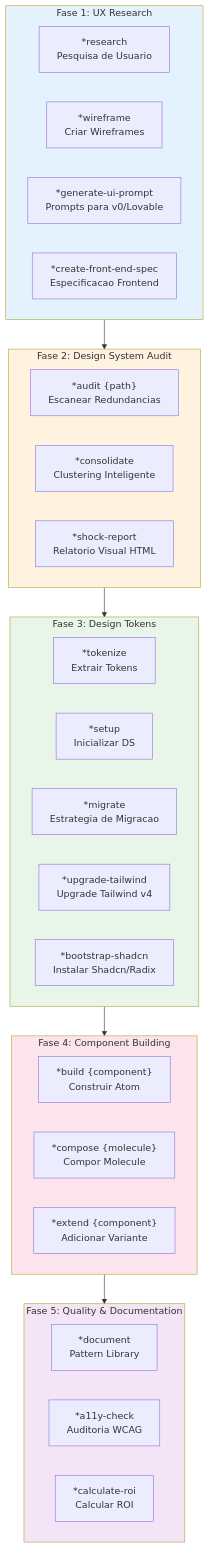
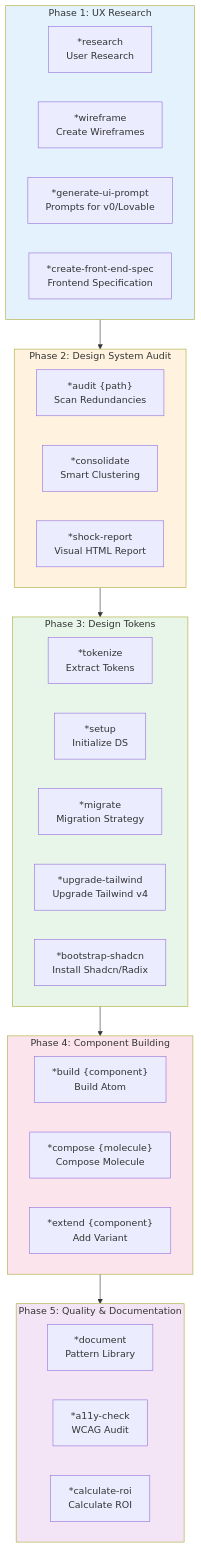
Before and after one commit to CyryxLabs/AEXOS: the first of 7 diagrams in docs/aexos-agent-flows/ux-design-expert-system.md, drawn with Mermaid. The commit also changed other lines of this file and 528 other files, not shown here.

````diff
--- a/docs/aexos-agent-flows/ux-design-expert-system.md
+++ b/docs/aexos-agent-flows/ux-design-expert-system.md
@@ -35,46 +35,46 @@
 ```mermaid
 flowchart TB
-    subgraph PHASE1["Fase 1: UX Research"]
-        R1["*research<br/>Pesquisa de Usuario"]
-        R2["*wireframe<br/>Criar Wireframes"]
-        R3["*generate-ui-prompt<br/>Prompts para v0/Lovable"]
-        R4["*create-front-end-spec<br/>Especificacao Frontend"]
+    subgraph PHASE1["Phase 1: UX Research"]
+        R1["*research<br/>User Research"]
+        R2["*wireframe<br/>Create Wireframes"]
+        R3["*generate-ui-prompt<br/>Prompts for v0/Lovable"]
+        R4["*create-front-end-spec<br/>Frontend Specification"]
     end
 
-    subgraph PHASE2["Fase 2: Design System Audit"]
-        A1["*audit {path}<br/>Escanear Redundancias"]
-        A2["*consolidate<br/>Clustering Inteligente"]
-        A3["*shock-report<br/>Relatorio Visual HTML"]
+    subgraph PHASE2["Phase 2: Design System Audit"]
+        A1["*audit {path}<br/>Scan Redundancies"]
+        A2["*consolidate<br/>Smart Clustering"]
+        A3["*shock-report<br/>Visual HTML Report"]
     end
 
-    subgraph PHASE3["Fase 3: Design Tokens"]
-        T1["*tokenize<br/>Extrair Tokens"]
-        T2["*setup<br/>Inicializar DS"]
-        T3["*migrate<br/>Estrategia de Migracao"]
+    subgraph PHASE3["Phase 3: Design Tokens"]
+        T1["*tokenize<br/>Extract Tokens"]
+        T2["*setup<br/>Initialize DS"]
+        T3["*migrate<br/>Migration Strategy"]
         T4["*upgrade-tailwind<br/>Upgrade Tailwind v4"]
-        T5["*bootstrap-shadcn<br/>Instalar Shadcn/Radix"]
+        T5["*bootstrap-shadcn<br/>Install Shadcn/Radix"]
     end
 
-    subgraph PHASE4["Fase 4: Component Building"]
-        B1["*build {component}<br/>Construir Atom"]
-        B2["*compose {molecule}<br/>Compor Molecule"]
-        B3["*extend {component}<br/>Adicionar Variante"]
+    subgraph PHASE4["Phase 4: Component Building"]
+        B1["*build {component}<br/>Build Atom"]
+        B2["*compose {molecule}<br/>Compose Molecule"]
+        B3["*extend {component}<br/>Add Variant"]
     end
 
-    subgraph PHASE5["Fase 5: Quality & Documentation"]
+    subgraph PHASE5["Phase 5: Quality & Documentation"]
         Q1["*document<br/>Pattern Library"]
-        Q2["*a11y-check<br/>Auditoria WCAG"]
-        Q3["*calculate-roi<br/>Calcular ROI"]
+        Q2["*a11y-check<br/>WCAG Audit"]
+        Q3["*calculate-roi<br/>Calculate ROI"]
     end
 
     PHASE1 --> PHASE2
     PHASE2 --> PHASE3
     PHASE3 --> PHASE4
     PHASE4 --> PHASE5
 
     style PHASE1 fill:#e3f2fd
     style PHASE2 fill:#fff3e0
     style PHASE3 fill:#e8f5e9
     style PHASE4 fill:#fce4ec
     style PHASE5 fill:#f3e5f5
 ```
````
